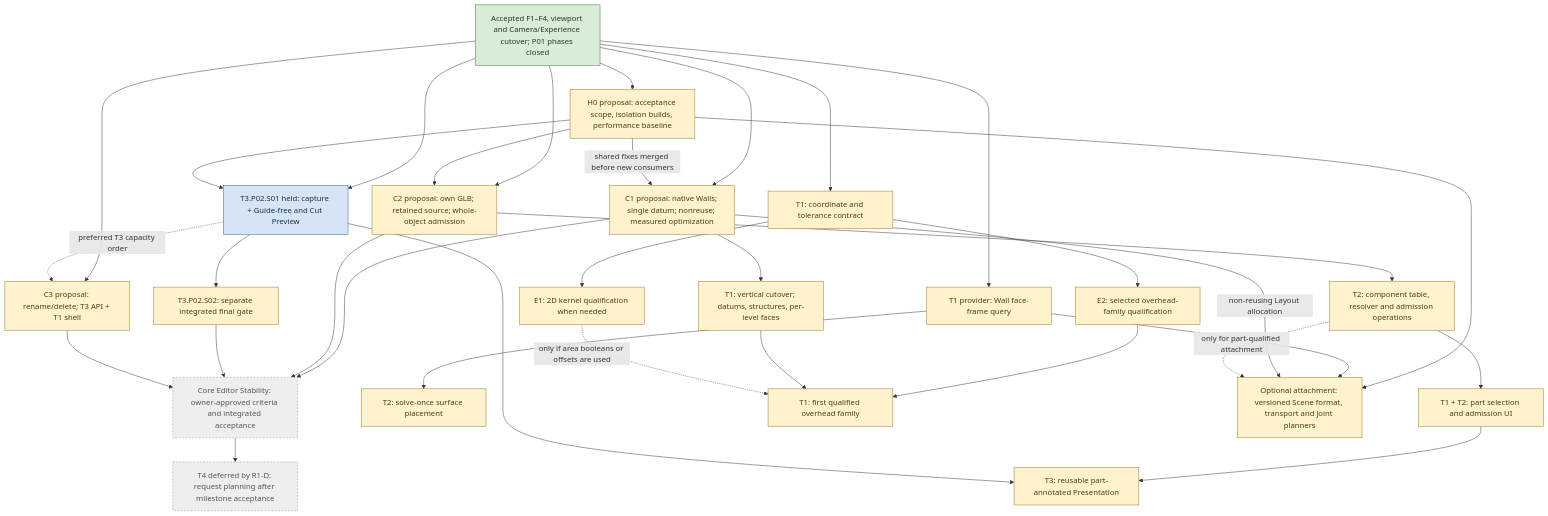
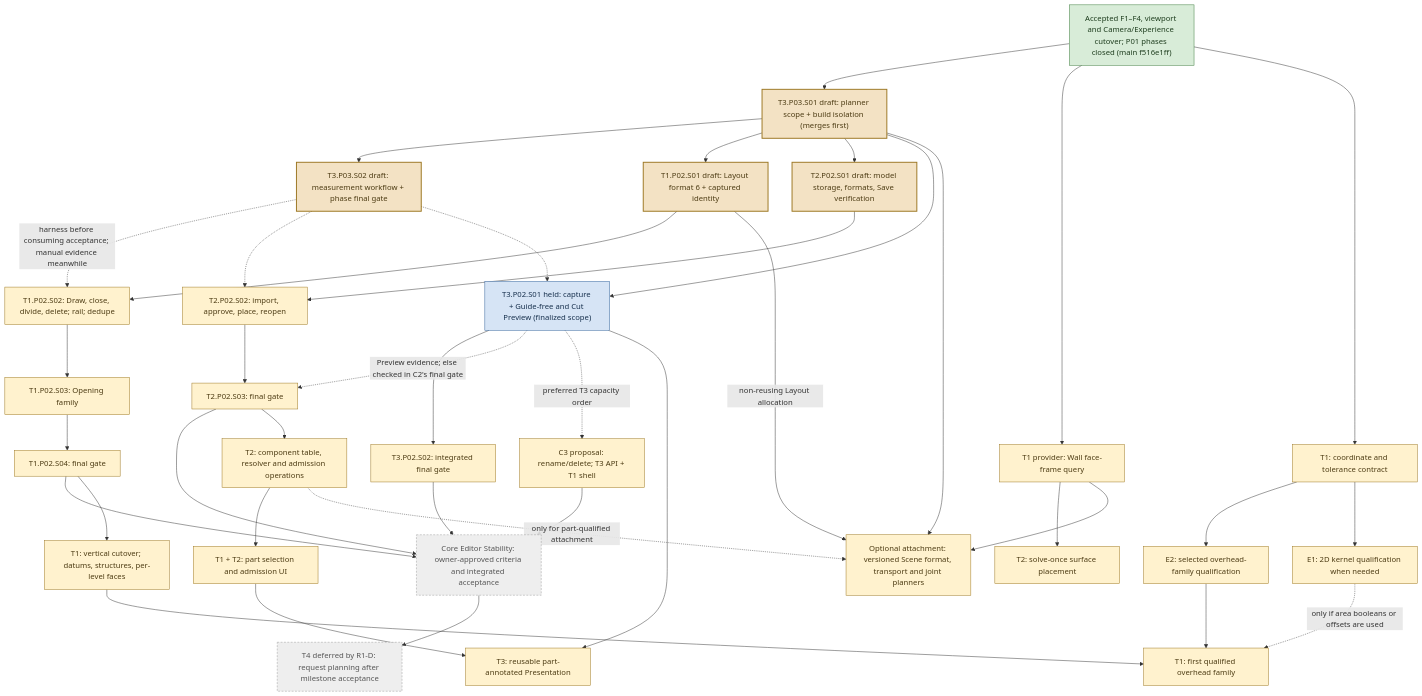
Before and after one commit to Biskiq/spatial-sketch-editor: the first of 5 diagrams in docs/roadmap/cross-track-execution.md, drawn with Mermaid. The commit also changed other lines of this file and 24 other files, not shown here.

First line of the commit message:
docs(roadmap): prepare batch E launch plans and owner decisions

````diff
--- a/docs/roadmap/cross-track-execution.md
+++ b/docs/roadmap/cross-track-execution.md
@@ -219,65 +221,76 @@
 ```mermaid
 flowchart TD
-  BASE["Accepted F1–F4, viewport and Camera/Experience cutover; P01 phases closed"]
-  H0["H0 proposal: acceptance scope, isolation builds, performance baseline"]
-  CW["C1 proposal: native Walls; single datum; nonreuse; measured optimization"]
-  IM["C2 proposal: own GLB; retained source; whole-object admission"]
-  PV["T3.P02.S01 held: capture + Guide-free and Cut Preview"]
-  PG["T3.P02.S02: separate integrated final gate"]
+  BASE["Accepted F1–F4, viewport and Camera/Experience cutover; P01 phases closed (main f516e1ff)"]
+  H0A["T3.P03.S01 draft: planner scope + build isolation (merges first)"]
+  H0B["T3.P03.S02 draft: measurement workflow + phase final gate"]
+  C1A["T1.P02.S01 draft: Layout format 6 + captured identity"]
+  C1B["T1.P02.S02: Draw, close, divide, delete; rail; dedupe"]
+  C1C["T1.P02.S03: Opening family"]
+  C1G["T1.P02.S04: final gate"]
+  C2A["T2.P02.S01 draft: model storage, formats, Save verification"]
+  C2B["T2.P02.S02: import, approve, place, reopen"]
+  C2G["T2.P02.S03: final gate"]
+  PV["T3.P02.S01 held: capture + Guide-free and Cut Preview (finalized scope)"]
+  PG["T3.P02.S02: integrated final gate"]
   LC["C3 proposal: rename/delete; T3 API + T1 shell"]
   CES["Core Editor Stability: owner-approved criteria and integrated acceptance"]
   REL["T4 deferred by R1-D: request planning after milestone acceptance"]
-  BASE --> H0
-  BASE --> CW
-  BASE --> IM
-  BASE --> PV
-  H0 -->|shared fixes merged before new consumers| CW
-  H0 --> IM
-  H0 --> PV
+  BASE --> H0A
+  H0A --> H0B
+  H0A --> C1A
+  H0A --> C2A
+  H0A --> PV
+  C1A --> C1B --> C1C --> C1G
+  C2A --> C2B --> C2G
   PV --> PG
-  BASE --> LC
+  H0B -.->|harness before consuming acceptance; manual evidence meanwhile| C1B
+  H0B -.-> C2B
+  H0B -.-> PV
+  PV -.->|Preview evidence; else checked in C2's final gate| C2G
   PV -.->|preferred T3 capacity order| LC
-  CW --> CES
-  IM --> CES
+  C1G --> CES
+  C2G --> CES
   PG --> CES
   LC --> CES
   CES --> REL
 
   FACE["T1 provider: Wall face-frame query"]
   PLACE["T2: solve-once surface placement"]
   PART["T2: component table, resolver and admission operations"]
   PICK["T1 + T2: part selection and admission UI"]
   ANNO["T3: reusable part-annotated Presentation"]
   VERT["T1: vertical cutover; datums, structures, per-level faces"]
   TOL["T1: coordinate and tolerance contract"]
   E2["E2: selected overhead-family qualification"]
   E1["E1: 2D kernel qualification when needed"]
   ROOF["T1: first qualified overhead family"]
   ATT["Optional attachment: versioned Scene format, transport and joint planners"]
   BASE --> FACE
   FACE --> PLACE
-  IM --> PART
+  C2G --> PART
   PART --> PICK
   PICK --> ANNO
   PV --> ANNO
-  CW --> VERT
+  C1G --> VERT
   BASE --> TOL
   TOL --> E2
   TOL --> E1
   E2 --> ROOF
   VERT --> ROOF
   E1 -.->|only if area booleans or offsets are used| ROOF
-  H0 --> ATT
+  H0A --> ATT
   FACE --> ATT
-  CW -->|non-reusing Layout allocation| ATT
+  C1A -->|non-reusing Layout allocation| ATT
   PART -.->|only for part-qualified attachment| ATT
 
   classDef accepted fill:#d8ecd8,stroke:#3c7a3c,color:#1e3d1e
+  classDef draft fill:#f3e2c4,stroke:#9b7621,color:#4c3b13,stroke-width:2px
   classDef proposed fill:#fff2ce,stroke:#9b7621,color:#4c3b13
   classDef held fill:#d6e4f5,stroke:#2f5f99,color:#17304d
   classDef deferred fill:#eeeeee,stroke:#999999,color:#555555,stroke-dasharray:4 3
   class BASE accepted
-  class H0,CW,IM,PG,LC,FACE,PLACE,PART,PICK,ANNO,VERT,TOL,E2,E1,ROOF,ATT proposed
+  class H0A,H0B,C1A,C2A draft
+  class C1B,C1C,C1G,C2B,C2G,PG,LC,FACE,PLACE,PART,PICK,ANNO,VERT,TOL,E2,E1,ROOF,ATT proposed
   class PV held
   class CES,REL deferred
 ```
````
